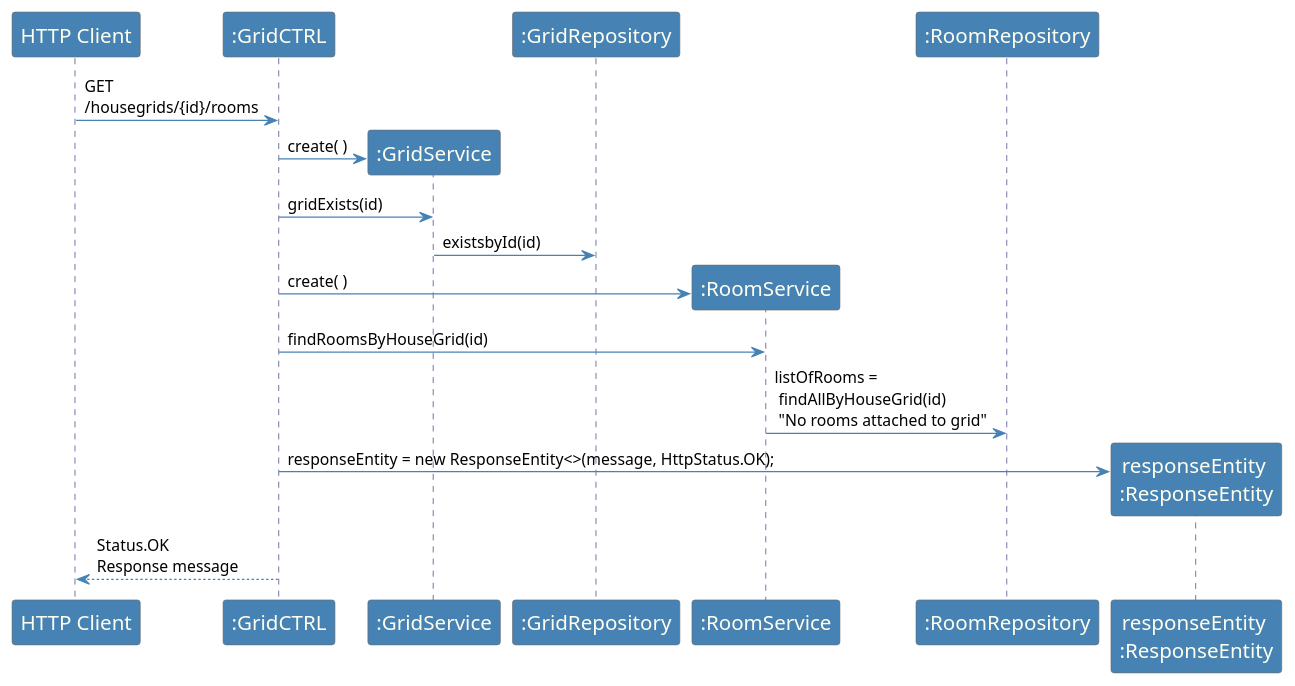
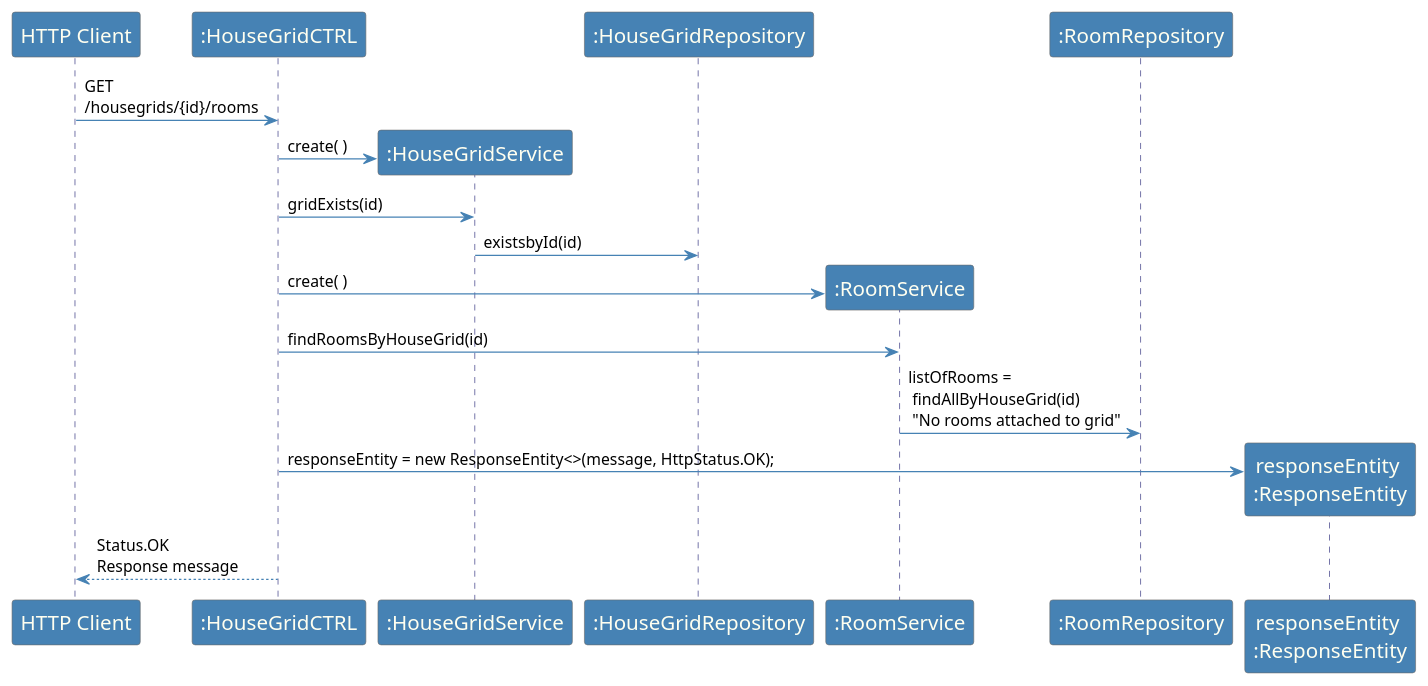
One commit to emanuel-pereira/hou changed the diagram in src/main/java/smarthome/controller/rest/sequenceDiagrams/sd_ListRoomsInHG_3.puml. Above: the diagram before and after it, drawn with PlantUML. The commit also changed 2 other files, not shown here.

Commit message:
Addresses #235, name refactors of CTRL and Service To HouseGrid; -

```diff
--- a/src/main/java/smarthome/controller/rest/sequenceDiagrams/sd_ListRoomsInHG_3.puml
+++ b/src/main/java/smarthome/controller/rest/sequenceDiagrams/sd_ListRoomsInHG_3.puml
@@ -1,44 +1,44 @@
 @startuml
 
 skinparam sequence {
 	ArrowColor SteelBlue
 	ActorBorderColor Dimgray
 	LifeLineBorderColor MidnightBlue
 	LifeLineBackgroundColor #A9DCDF
 
 	ParticipantBorderColor Dimgray
 	ParticipantBackgroundColor SteelBlue
 	ParticipantFontName Calibri Bold
 	ParticipantFontSize 17
 	ParticipantFontColor Ivory
 
 	ActorBackgroundColor SteelBlue
 	ActorFontColor MidnightBlue
 	ActorFontSize 17
 	ActorFontName Aapex
 }
 
 skinparam note {
 BorderColor SteelBlue
 }
 
-"HTTP Client" -> ":GridCTRL": GET \n/housegrids/{id}/rooms
+"HTTP Client" -> ":HouseGridCTRL": GET \n/housegrids/{id}/rooms
 
-create ":GridService"
-":GridCTRL" -> ":GridService" : create( )
-":GridCTRL" -> ":GridService" : gridExists(id)
+create ":HouseGridService"
+":HouseGridCTRL" -> ":HouseGridService" : create( )
+":HouseGridCTRL" -> ":HouseGridService" : gridExists(id)
 
-":GridService" -> ":GridRepository" : existsbyId(id)
+":HouseGridService" -> ":HouseGridRepository" : existsbyId(id)
 
 create ":RoomService"
-":GridCTRL" -> ":RoomService" : create( )
-":GridCTRL" -> ":RoomService" : findRoomsByHouseGrid(id)
+":HouseGridCTRL" -> ":RoomService" : create( )
+":HouseGridCTRL" -> ":RoomService" : findRoomsByHouseGrid(id)
 
 ":RoomService" -> ":RoomRepository" : listOfRooms =\n findAllByHouseGrid(id)\n "No rooms attached to grid"
 
 
 create "responseEntity \n:ResponseEntity"
-":GridCTRL" ->  "responseEntity \n:ResponseEntity": responseEntity = new ResponseEntity<>(message, HttpStatus.OK);
+":HouseGridCTRL" ->  "responseEntity \n:ResponseEntity": responseEntity = new ResponseEntity<>(message, HttpStatus.OK);
 
-":GridCTRL" --> "HTTP Client" : Status.OK \nResponse message
+":HouseGridCTRL" --> "HTTP Client" : Status.OK \nResponse message
 @enduml
```
